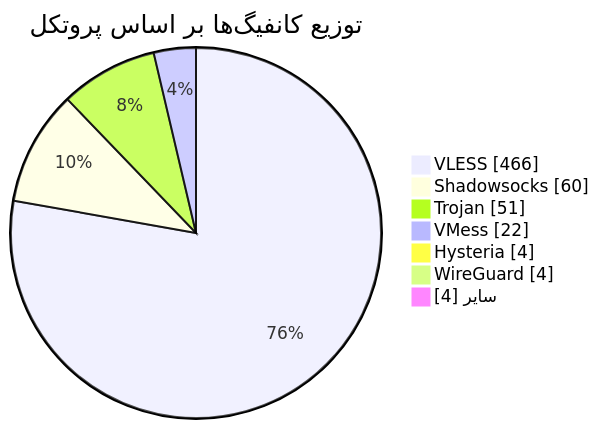
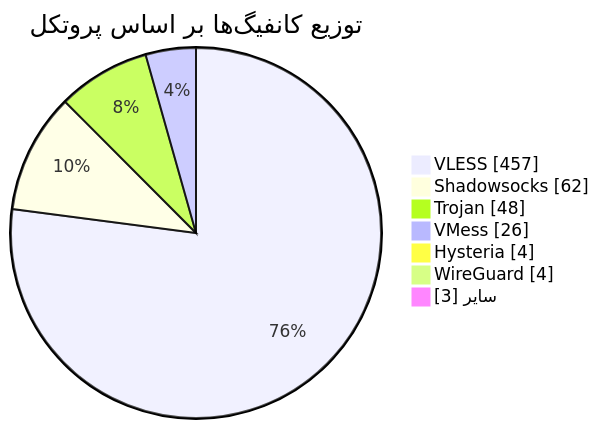
The diagram in README.md (Arian-Alijani/Somthing), drawn with Mermaid before and after one commit. The commit also changed other lines of this file and 17 other files, not shown here.

````diff
--- a/README.md
+++ b/README.md
@@ -49,11 +49,11 @@
 ```mermaid
 pie showData
     title توزیع کانفیگ‌ها بر اساس پروتکل
-    "VLESS" : 466
-    "Shadowsocks" : 60
-    "Trojan" : 51
-    "VMess" : 22
+    "VLESS" : 457
+    "Shadowsocks" : 62
+    "Trojan" : 48
+    "VMess" : 26
     "Hysteria" : 4
     "WireGuard" : 4
-    "سایر" : 4
+    "سایر" : 3
 ```
````
